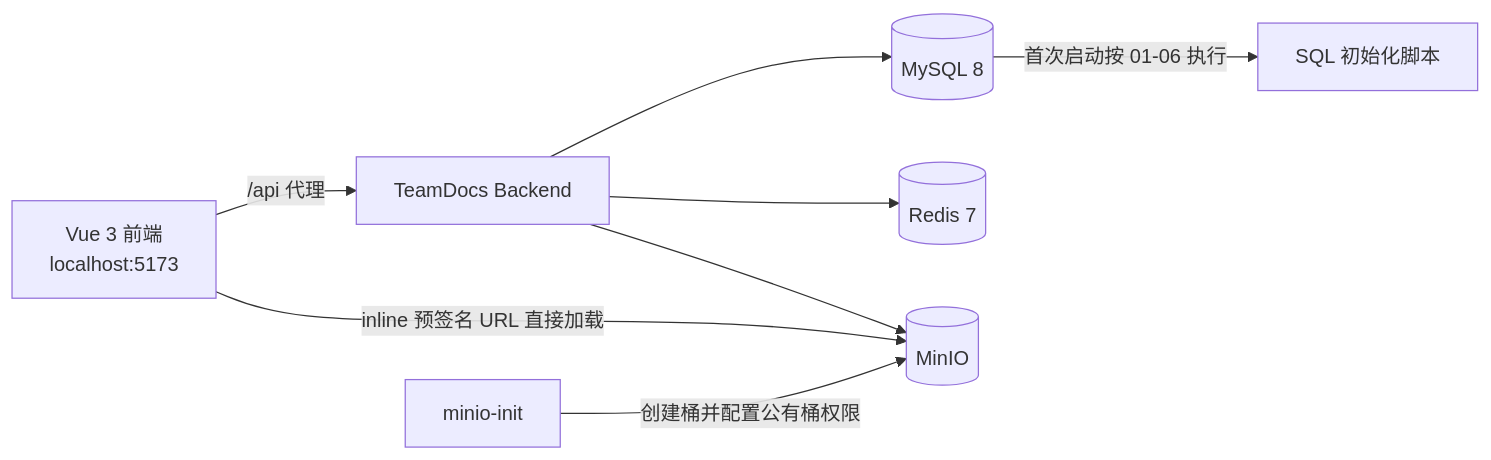
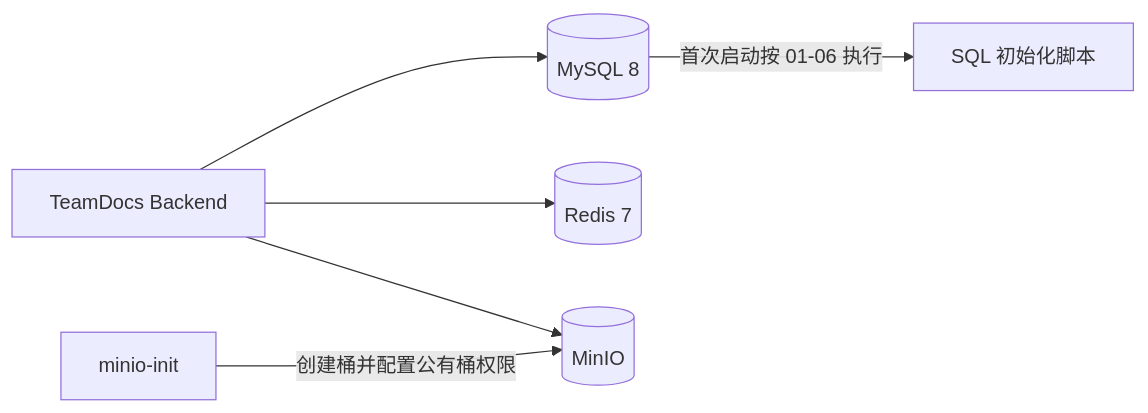
Before and after one commit to Git-creat7/teamdocs: the diagram in README.md, drawn with Mermaid. The commit also changed other lines of this file, not shown here.

Commit message:
docs: add backend tech stack badges, remove frontend from README

````diff
--- a/README.md
+++ b/README.md
@@ -28,10 +43,8 @@
 ```mermaid
 flowchart LR
-    Browser[Vue 3 前端<br/>localhost:5173] -->|/api 代理| Backend[TeamDocs Backend]
-    Backend --> MySQL[(MySQL 8)]
+    Backend[TeamDocs Backend] --> MySQL[(MySQL 8)]
     Backend --> Redis[(Redis 7)]
     Backend --> MinIO[(MinIO)]
-    Browser -->|inline 预签名 URL 直接加载| MinIO
     Init[minio-init] -->|创建桶并配置公有桶权限| MinIO
     MySQL -->|首次启动按 01-06 执行| SQL[SQL 初始化脚本]
 ```
````
